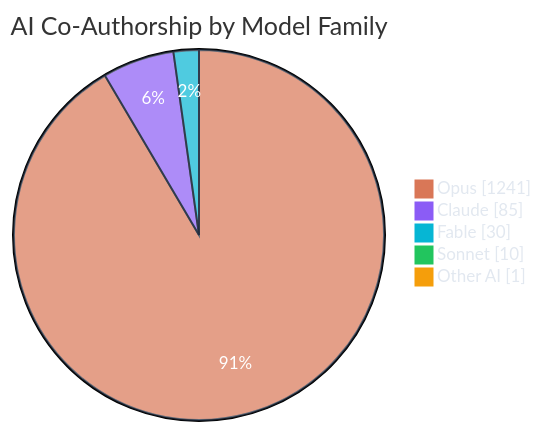
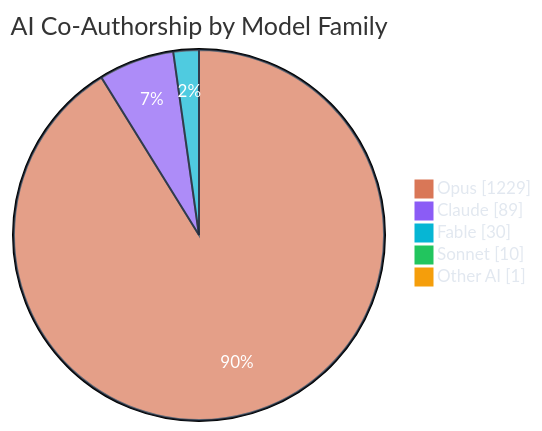
The third of 7 diagrams in README.md (polo-nyan/polo-nyan), drawn with Mermaid before and after one commit. The commit also changed other lines of this file and 1 other file, not shown here.

````diff
--- a/README.md
+++ b/README.md
@@ -279,10 +279,10 @@
 ```mermaid
 %%{init: {"theme": "base", "themeVariables": { "pie1": "#d97757", "pie2": "#8b5cf6", "pie3": "#06b6d4", "pie4": "#22c55e", "pie5": "#f59e0b", "pie6": "#ec4899", "pieTextColor": "#ffffff", "pieLegendTextColor": "#e2e8f0", "pieSectionTextColor": "#ffffff", "pieStrokeColor": "#1e293b" }}}%%
 pie showData
     title AI Co-Authorship by Model Family
-    "Opus" : 1241
-    "Claude" : 85
+    "Opus" : 1229
+    "Claude" : 89
     "Fable" : 30
     "Sonnet" : 10
     "Other AI" : 1
 ```
````
